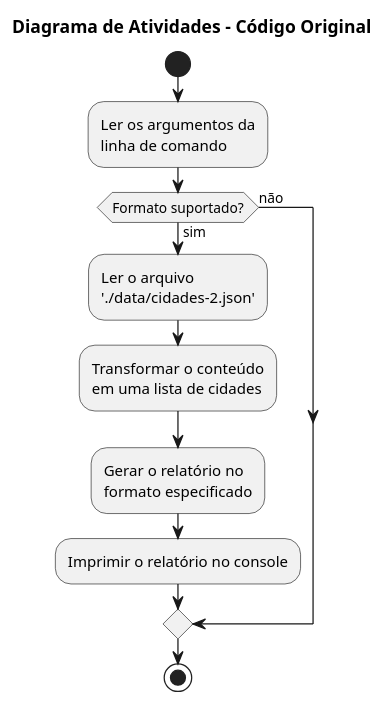
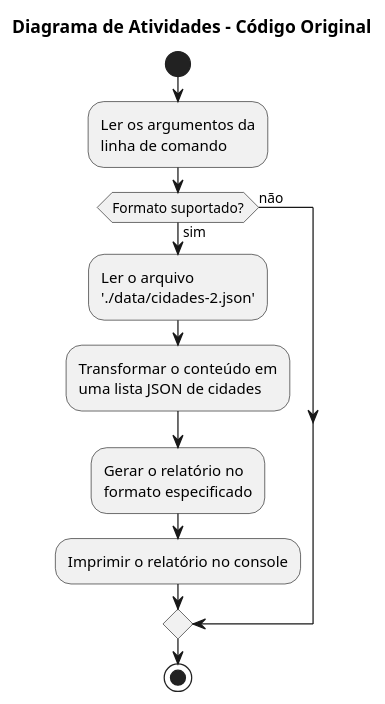
Before and after one commit to DanielVieira02/TP2EngSw: the diagram in diagramas/diagrama-atividades-original.puml, drawn with PlantUML. The commit also changed 5 other files, not shown here.

Commit message:
Adiciona diagramas

```diff
--- a/diagramas/diagrama-atividades-original.puml
+++ b/diagramas/diagrama-atividades-original.puml
@@ -1,19 +1,19 @@
 @startuml
 
 title Diagrama de Atividades - Código Original
 
 start
 
 :Ler os argumentos da\nlinha de comando;
 
 if (Formato suportado?) then (sim)
   :Ler o arquivo\n'./data/cidades-2.json';
-  :Transformar o conteúdo\nem uma lista de cidades;
+  :Transformar o conteúdo em\numa lista JSON de cidades;
   :Gerar o relatório no\nformato especificado;
   :Imprimir o relatório no console;
 else (não)
 endif
 
 stop
 
 @enduml
```
